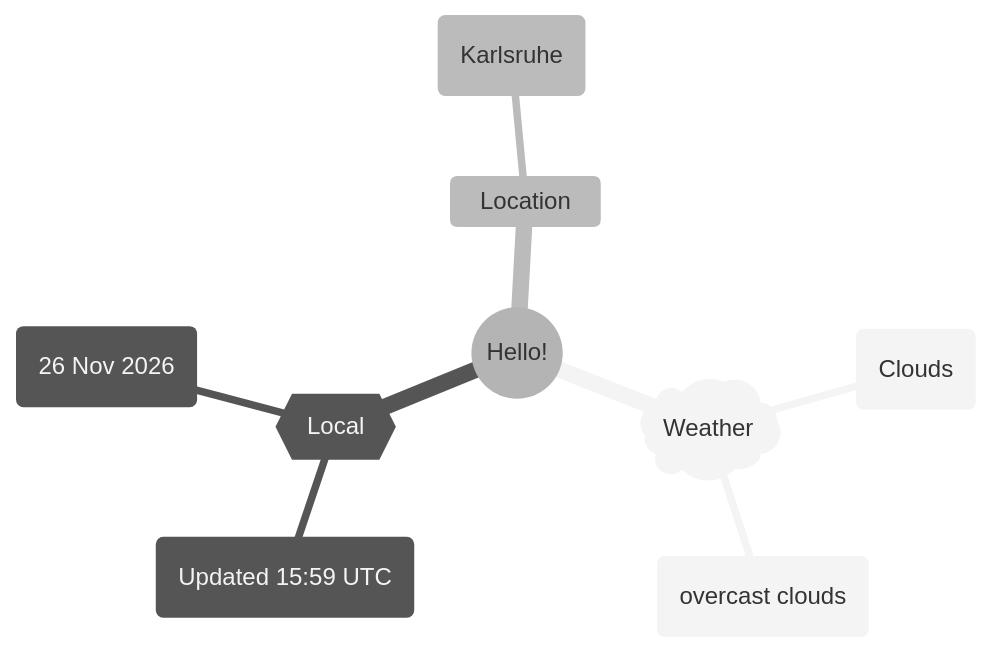
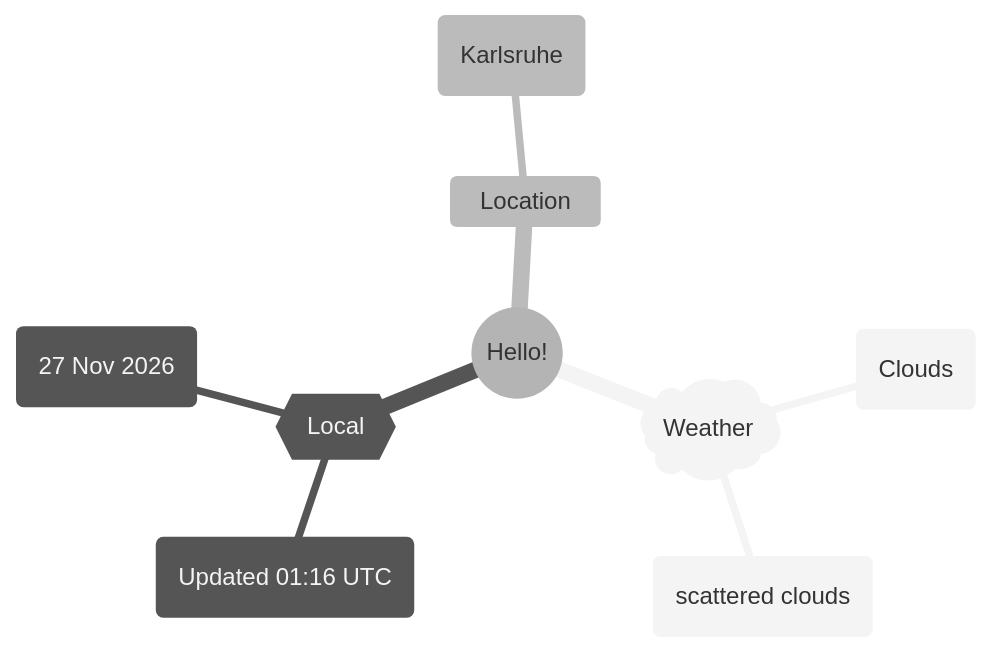
Before and after one commit to Xosrov/Xosrov: the first of 2 diagrams in README.md, drawn with Mermaid (neutral theme).

Commit message:
[bot] updated images

````diff
--- a/README.md
+++ b/README.md
@@ -3,12 +3,12 @@
 ```mermaid
 mindmap
   root((Hello!))
     )Weather(
         (Clouds)
-        (overcast clouds)
+        (scattered clouds)
     {{Local}}
-        (Updated 15:59 UTC)
-        (26 Nov 2026)
+        (Updated 01:16 UTC)
+        (27 Nov 2026)
     Location
         (Karlsruhe)
 ```
````
